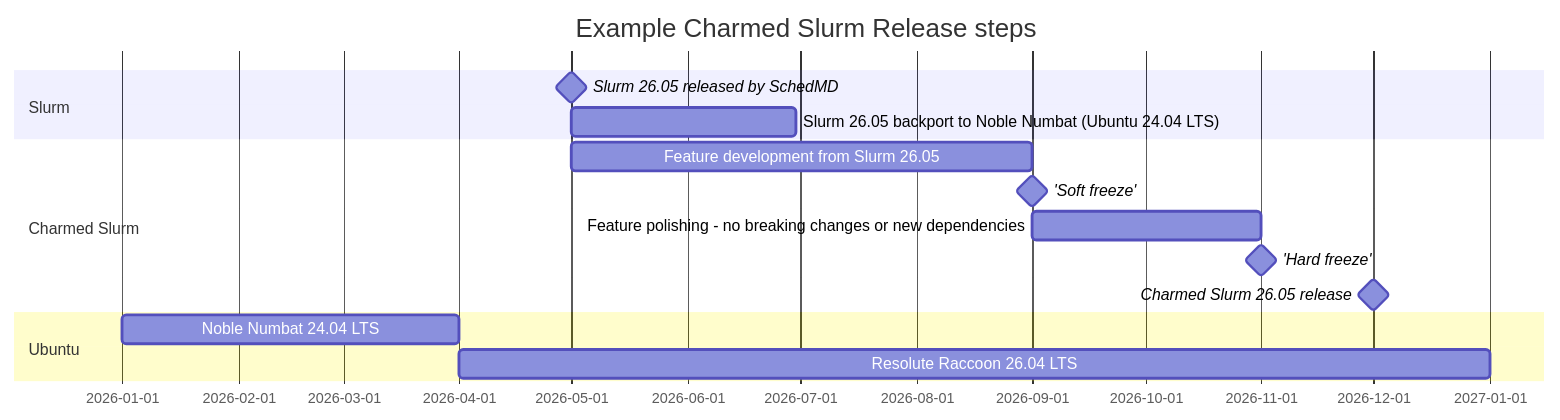
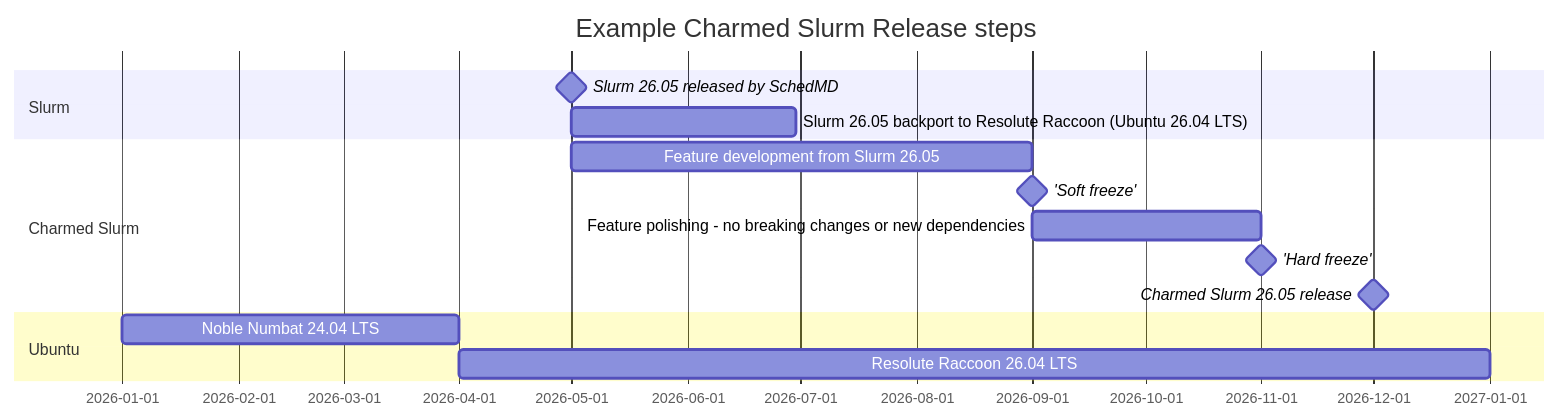
The diagram in specs/UHPC 003 - Release policy and notes for Charmed Slurm/uhpc-003.md (NucciTheBoss/charmed-hpc-specs), drawn with Mermaid before and after one commit.

Commit message:
docs: update uhpc-003.md release policy

````diff
--- a/specs/UHPC 003 - Release policy and notes for Charmed Slurm/uhpc-003.md
+++ b/specs/UHPC 003 - Release policy and notes for Charmed Slurm/uhpc-003.md
@@ -38,17 +38,17 @@
 ```mermaid
 gantt
    title Example Charmed Slurm Release steps
    dateFormat YYYY-MM
    section Slurm
         Slurm 26.05 released by SchedMD                         :milestone, a1, 2026-05, 0d
-        Slurm 26.05 backport to Noble Numbat (Ubuntu 24.04 LTS) :after a1, 60d
+        Slurm 26.05 backport to Resolute Raccoon (Ubuntu 26.04 LTS) :after a1, 60d
    section Charmed Slurm
         Feature development from Slurm 26.05                    :2026-05, until b1
         'Soft freeze'                                           :milestone, b1, 2026-09, 0d
         Feature polishing - no breaking changes or new dependencies :after b1, until b2
         'Hard freeze'                                           :milestone, b2, 2026-11, 0d
         Charmed Slurm 26.05 release                             :milestone, 2026-12, 0d
    section Ubuntu
         Noble Numbat 24.04 LTS                                  :2026-01, until u1
         Resolute Raccoon 26.04 LTS                              :u1, 2026-04, 2027-01
 ```
````
